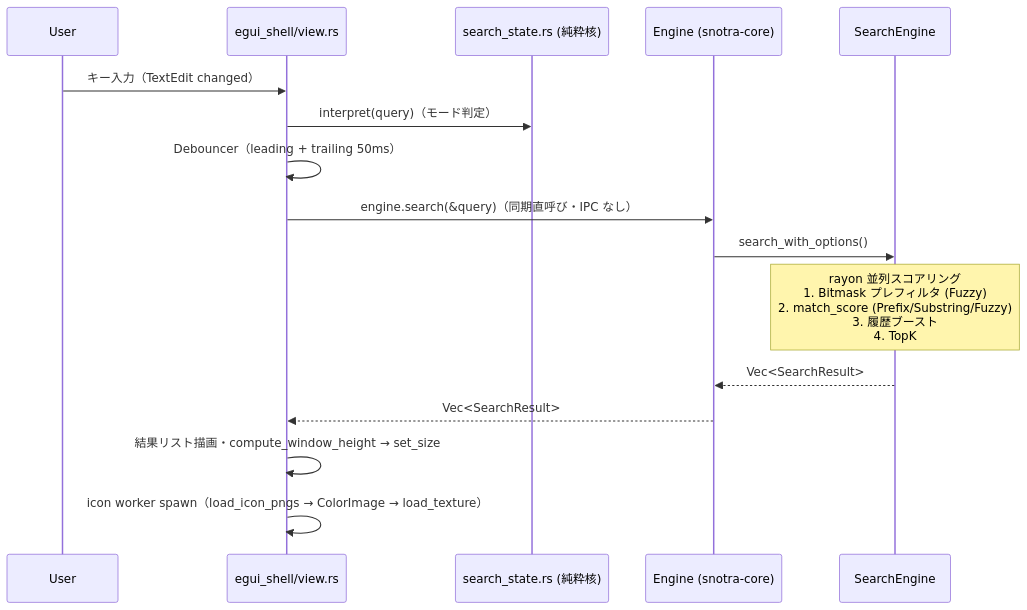
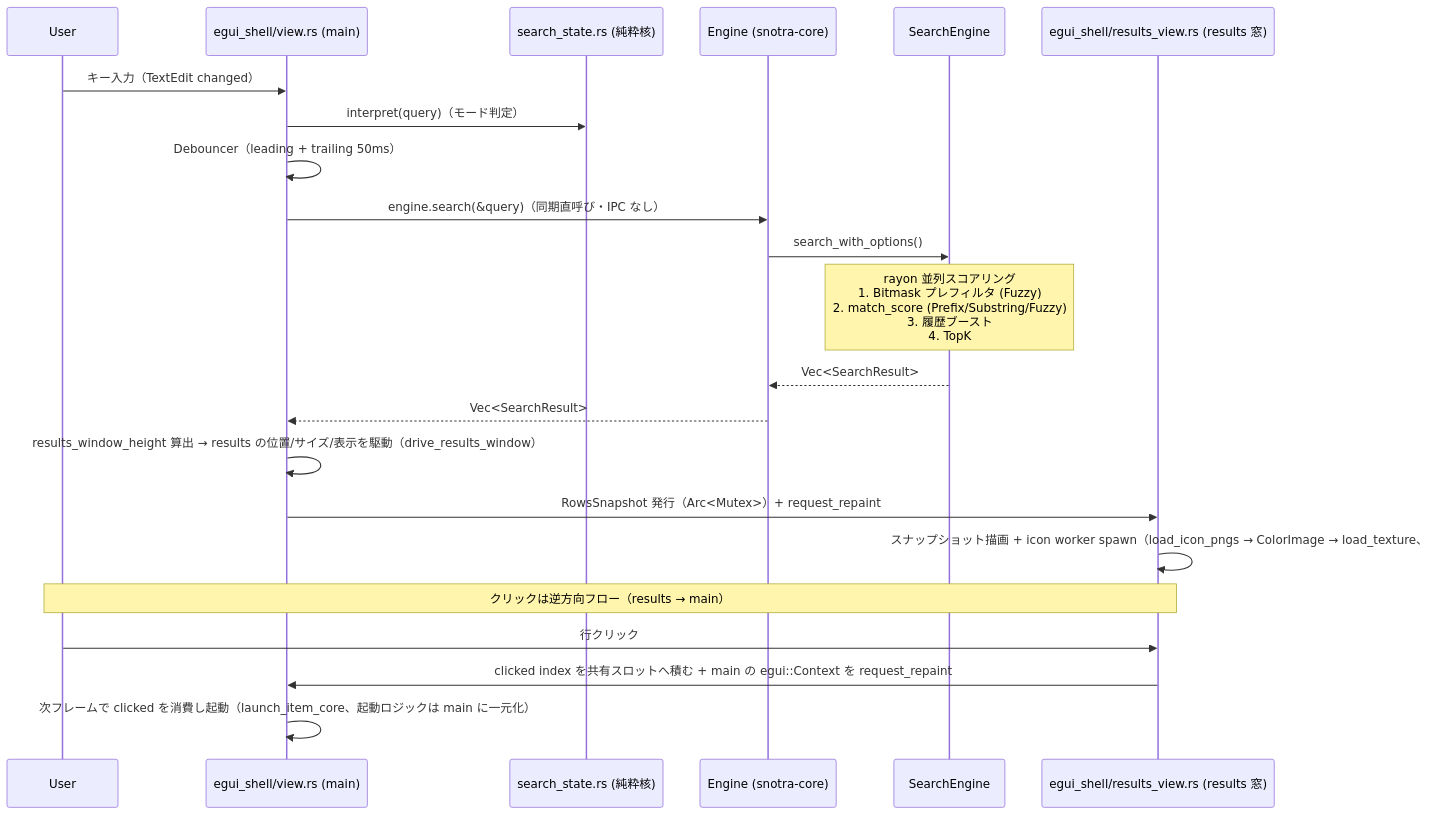
One commit to finelagusaz/Snotra changed the diagram in docs/architecture.md. Above: the diagram before and after it, drawn with Mermaid. The commit also changed other lines of this file and 12 other files, not shown here.

````diff
--- a/docs/architecture.md
+++ b/docs/architecture.md
@@ -159,21 +160,28 @@
 ```mermaid
 sequenceDiagram
     participant User
-    participant View as egui_shell/view.rs
+    participant View as egui_shell/view.rs (main)
     participant State as search_state.rs (純粋核)
     participant Eng as Engine (snotra-core)
     participant SE as SearchEngine
+    participant Results as egui_shell/results_view.rs (results 窓)
 
     User->>View: キー入力（TextEdit changed）
     View->>State: interpret(query)（モード判定）
     View->>View: Debouncer（leading + trailing 50ms）
     View->>Eng: engine.search(&query)（同期直呼び・IPC なし）
     Eng->>SE: search_with_options()
 
     Note over SE: rayon 並列スコアリング<br/>1. Bitmask プレフィルタ (Fuzzy)<br/>2. match_score (Prefix/Substring/Fuzzy)<br/>3. 履歴ブースト<br/>4. TopK
 
     SE-->>Eng: Vec<SearchResult>
     Eng-->>View: Vec<SearchResult>
-    View->>View: 結果リスト描画・compute_window_height → set_size
-    View->>View: icon worker spawn（load_icon_pngs → ColorImage → load_texture）
+    View->>View: results_window_height 算出 → results の位置/サイズ/表示を駆動（drive_results_window）
+    View->>Results: RowsSnapshot 発行（Arc<Mutex>）+ request_repaint
+    Results->>Results: スナップショット描画 + icon worker spawn（load_icon_pngs → ColorImage → load_texture、#646 PR2 で view.rs から移管）
+
+    Note over User,Results: クリックは逆方向フロー（results → main）
+    User->>Results: 行クリック
+    Results->>View: clicked index を共有スロットへ積む + main の egui::Context を request_repaint
+    View->>View: 次フレームで clicked を消費し起動（launch_item_core、起動ロジックは main に一元化）
 ```
````
